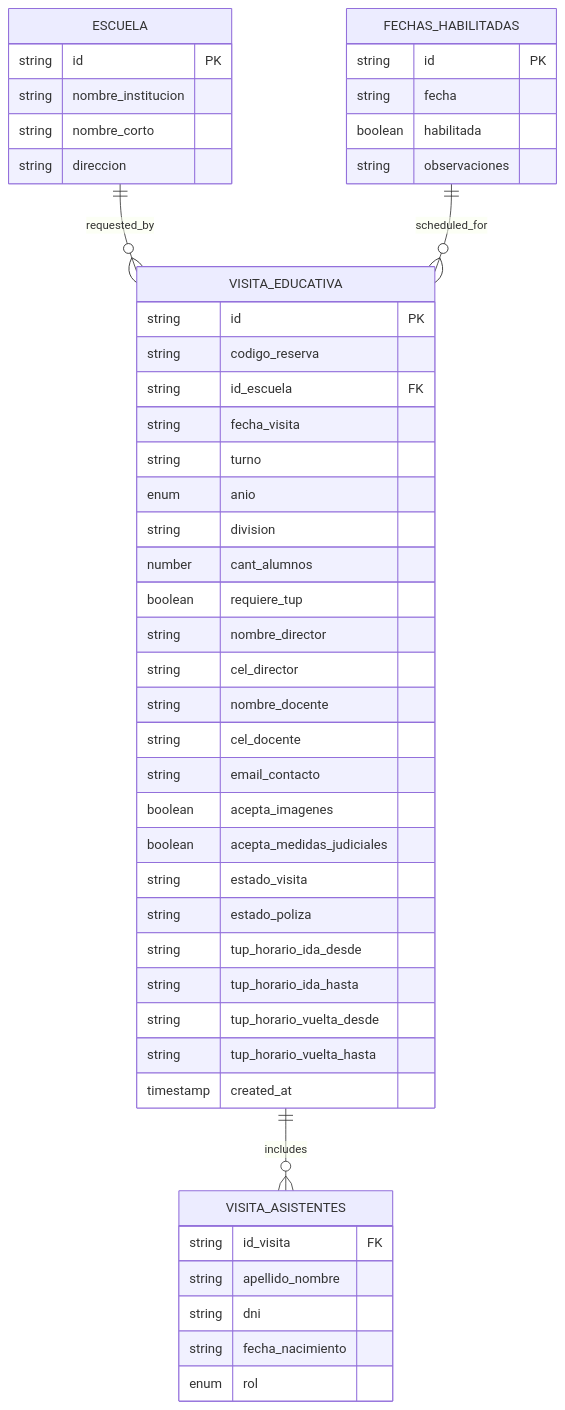
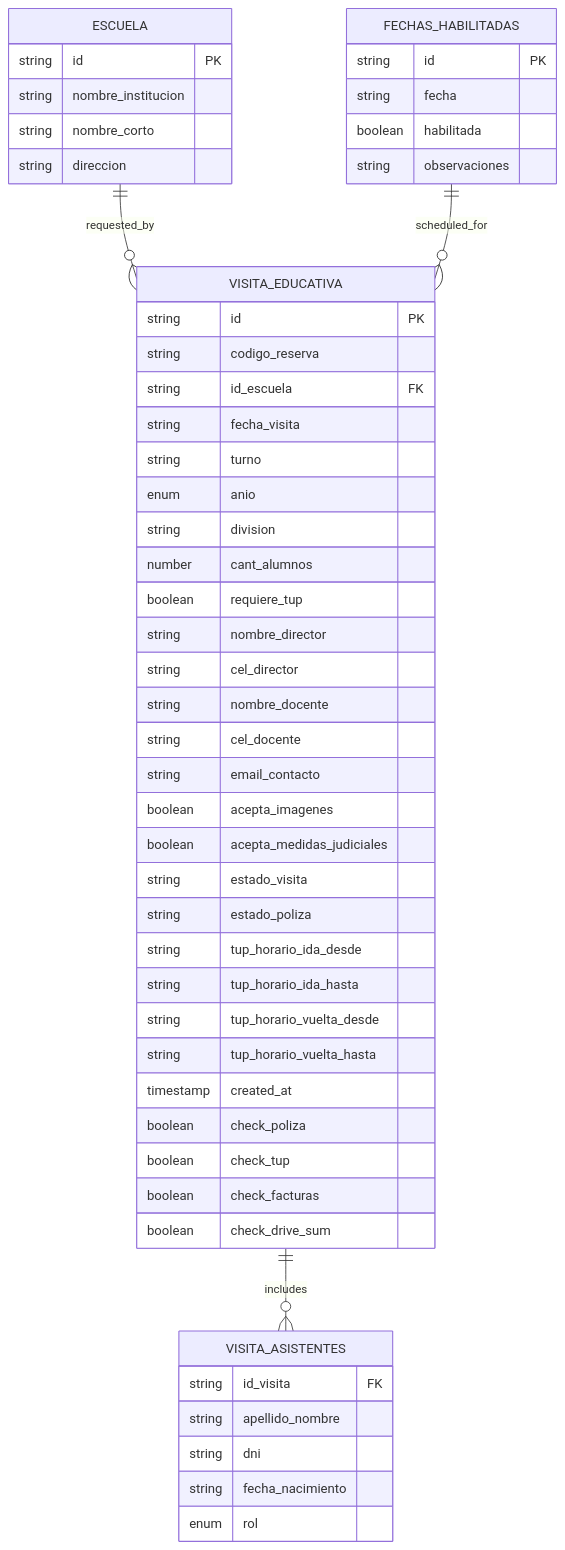
The third of 4 diagrams in .qoder/repowiki/en/content/Data Models & Type System.md (AgusCatra/simu-twin-web), drawn with Mermaid before and after one commit. The commit also changed other lines of this file and 21 other files, not shown here.

````diff
--- a/.qoder/repowiki/en/content/Data Models & Type System.md
+++ b/.qoder/repowiki/en/content/Data Models & Type System.md
@@ -323,50 +384,54 @@
 ```mermaid
 erDiagram
 ESCUELA {
 string id PK
 string nombre_institucion
 string nombre_corto
 string direccion
 }
 FECHAS_HABILITADAS {
 string id PK
 string fecha
 boolean habilitada
 string observaciones
 }
 VISITA_EDUCATIVA {
 string id PK
 string codigo_reserva
 string id_escuela FK
 string fecha_visita
 string turno
 enum anio
 string division
 number cant_alumnos
 boolean requiere_tup
 string nombre_director
 string cel_director
 string nombre_docente
 string cel_docente
 string email_contacto
 boolean acepta_imagenes
 boolean acepta_medidas_judiciales
 string estado_visita
 string estado_poliza
 string tup_horario_ida_desde
 string tup_horario_ida_hasta
 string tup_horario_vuelta_desde
 string tup_horario_vuelta_hasta
 timestamp created_at
+boolean check_poliza
+boolean check_tup
+boolean check_facturas
+boolean check_drive_sum
 }
 VISITA_ASISTENTES {
 string id_visita FK
 string apellido_nombre
 string dni
 string fecha_nacimiento
 enum rol
 }
 ESCUELA ||--o{ VISITA_EDUCATIVA : "requested_by"
 FECHAS_HABILITADAS ||--o{ VISITA_EDUCATIVA : "scheduled_for"
 VISITA_EDUCATIVA ||--o{ VISITA_ASISTENTES : "includes"
 ```
````
